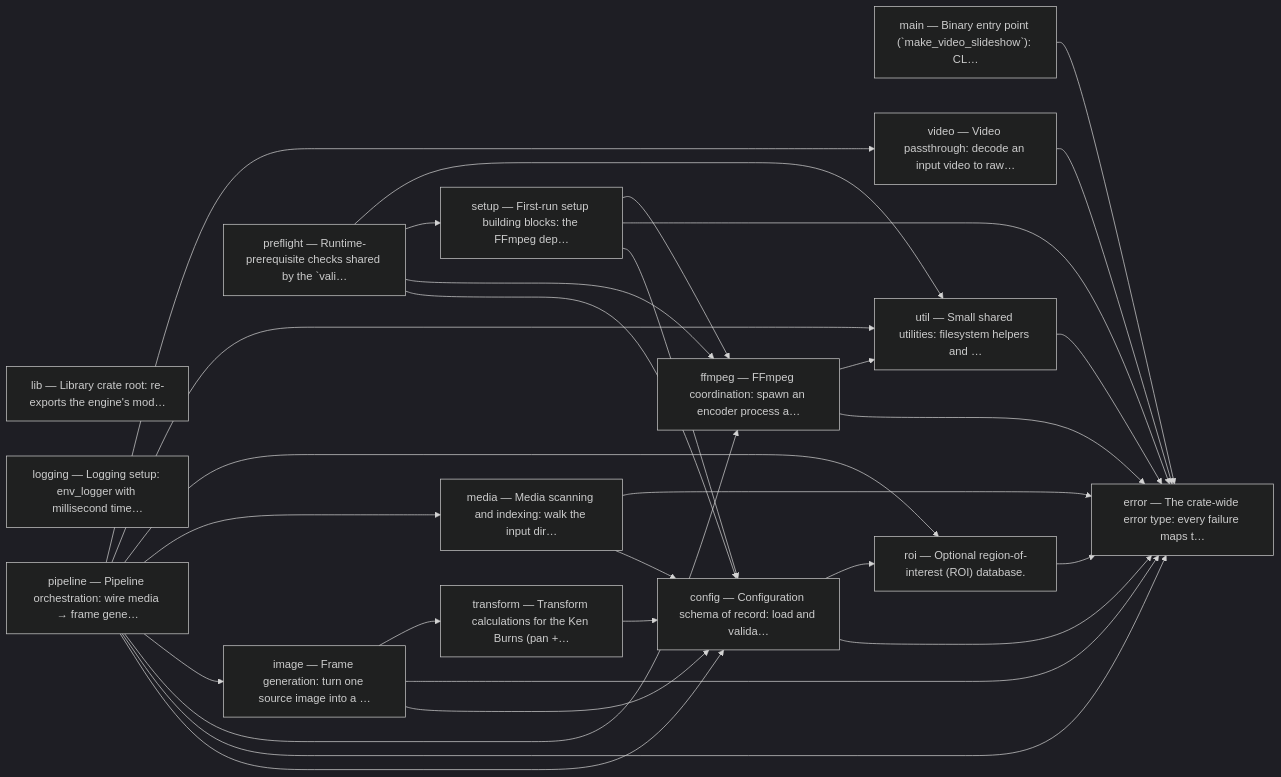
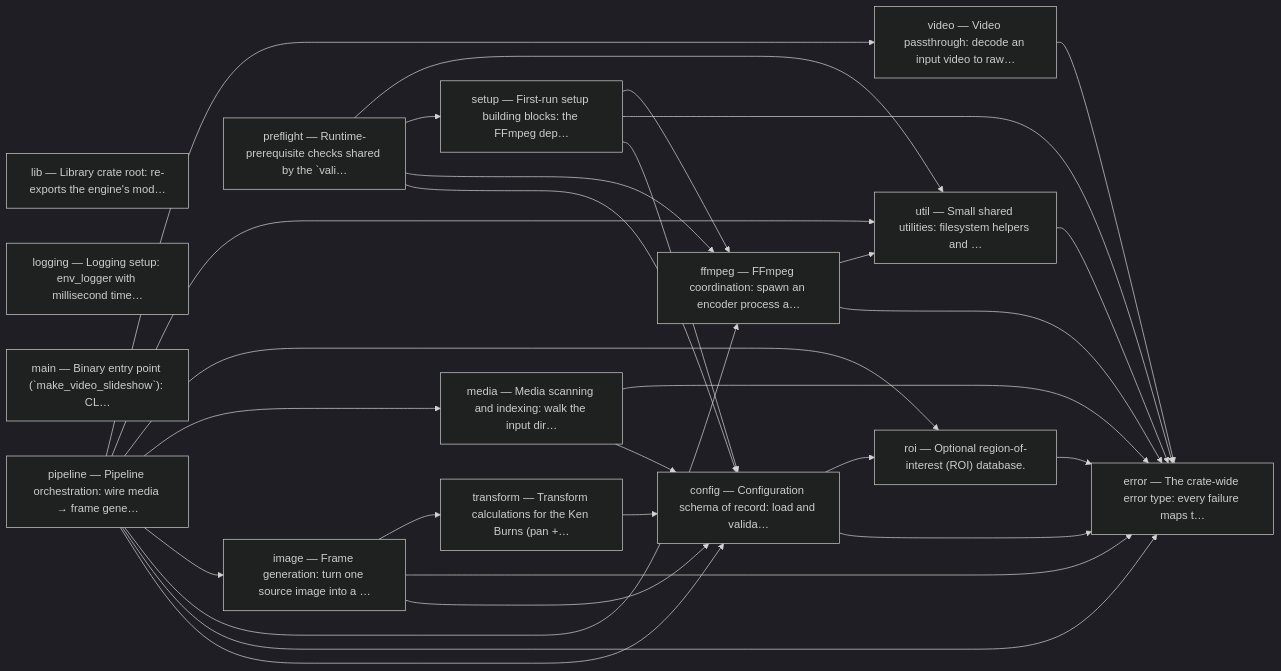
The fourth of 4 diagrams in docs/architecture.md (AuroLeap/Pictures2VideoSlideShow), drawn with Mermaid (dark theme) before and after one commit. The commit also changed other lines of this file and 23 other files, not shown here.

````diff
--- a/docs/architecture.md
+++ b/docs/architecture.md
@@ -103,47 +103,46 @@
 ```mermaid
 graph LR
     m_config["config — Configuration schema of record: load and valida…"]
     m_error["error — The crate-wide error type: every failure maps t…"]
     m_ffmpeg["ffmpeg — FFmpeg coordination: spawn an encoder process a…"]
     m_image["image — Frame generation: turn one source image into a …"]
     m_lib["lib — Library crate root: re-exports the engine's mod…"]
     m_logging["logging — Logging setup: env_logger with millisecond time…"]
     m_main["main — Binary entry point (`make_video_slideshow`): CL…"]
     m_media["media — Media scanning and indexing: walk the input dir…"]
     m_pipeline["pipeline — Pipeline orchestration: wire media → frame gene…"]
     m_preflight["preflight — Runtime-prerequisite checks shared by the `vali…"]
     m_roi["roi — Optional region-of-interest (ROI) database."]
     m_setup["setup — First-run setup building blocks: the FFmpeg dep…"]
     m_transform["transform — Transform calculations for the Ken Burns (pan +…"]
     m_util["util — Small shared utilities: filesystem helpers and …"]
     m_video["video — Video passthrough: decode an input video to raw…"]
     m_config --> m_error
     m_config --> m_roi
     m_ffmpeg --> m_error
     m_ffmpeg --> m_util
     m_image --> m_config
     m_image --> m_error
     m_image --> m_transform
-    m_main --> m_error
     m_media --> m_config
     m_media --> m_error
     m_pipeline --> m_config
     m_pipeline --> m_error
     m_pipeline --> m_ffmpeg
     m_pipeline --> m_image
     m_pipeline --> m_media
     m_pipeline --> m_roi
     m_pipeline --> m_util
     m_pipeline --> m_video
     m_preflight --> m_config
     m_preflight --> m_ffmpeg
     m_preflight --> m_setup
     m_preflight --> m_util
     m_roi --> m_error
     m_setup --> m_config
     m_setup --> m_error
     m_setup --> m_ffmpeg
     m_transform --> m_config
     m_util --> m_error
     m_video --> m_error
 ```
````
